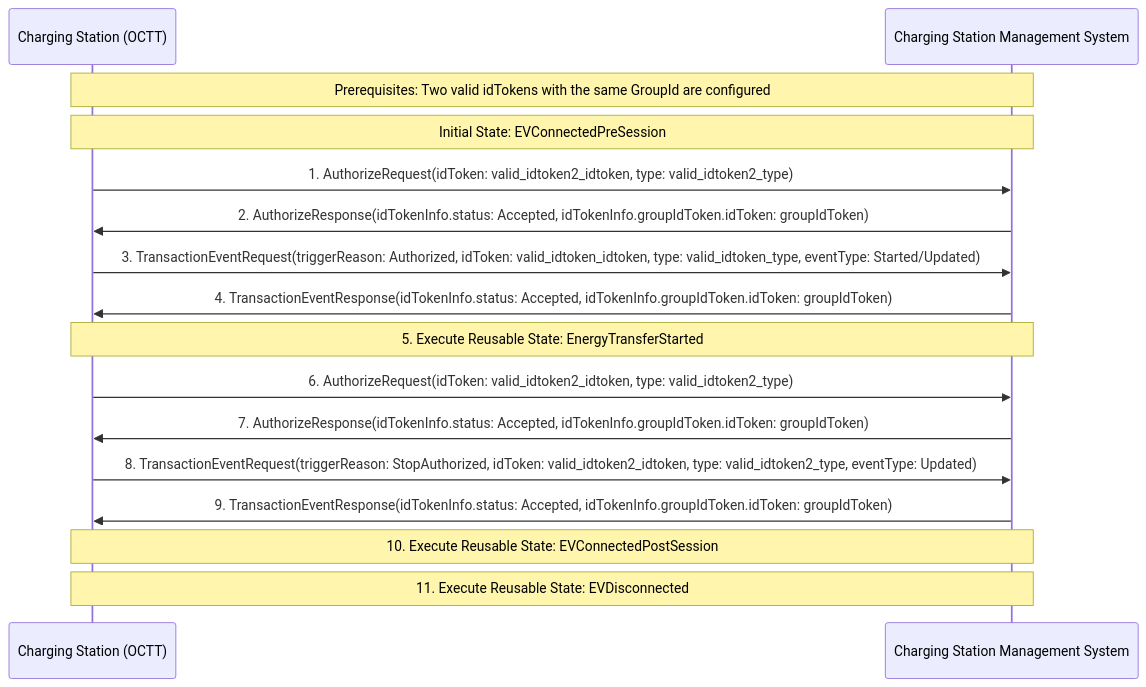
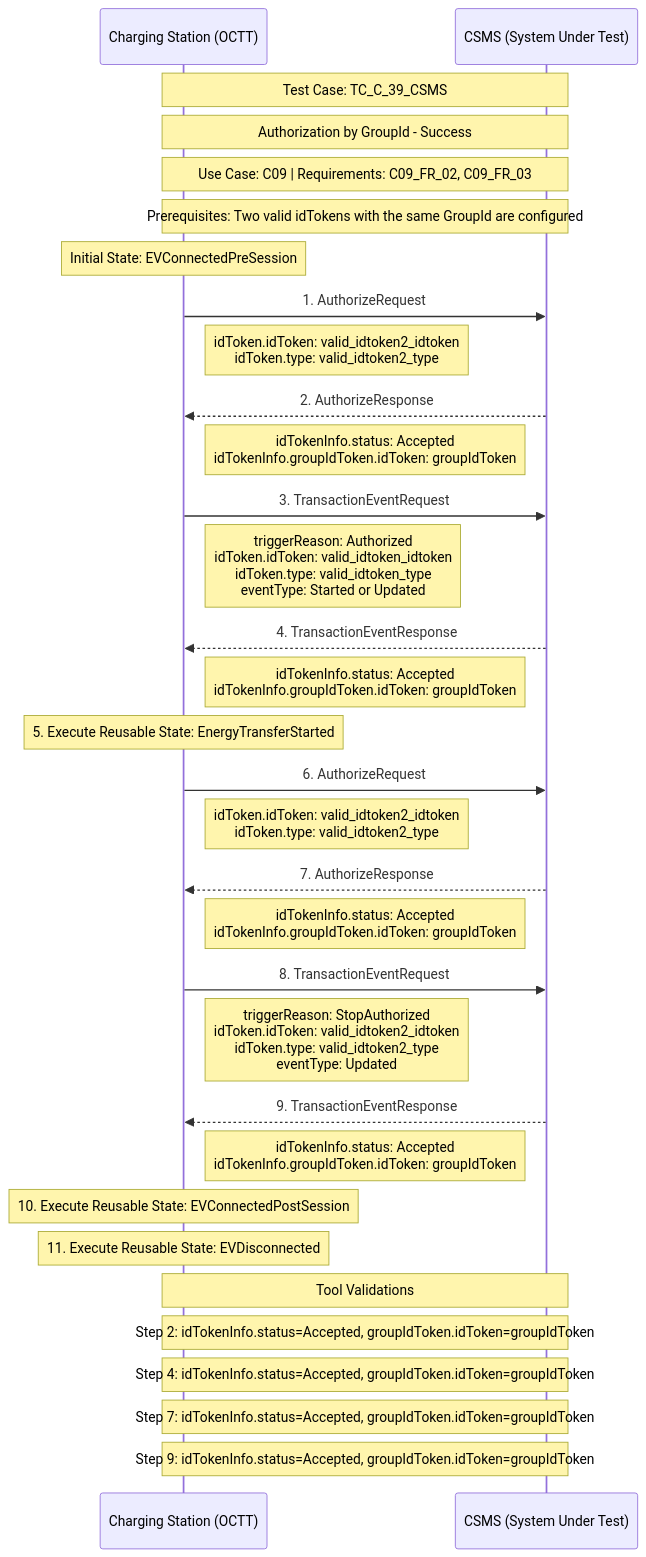
One commit to AviranAbady/tzi-OCTT changed the diagram in C/test_tc_c_39_csms.mermaid. Above: the diagram before and after it, drawn with Mermaid. The commit also changed 547 other files, not shown here.

```diff
--- a/C/test_tc_c_39_csms.mermaid
+++ b/C/test_tc_c_39_csms.mermaid
@@ -1,23 +1,41 @@
 sequenceDiagram
     participant CS as Charging Station (OCTT)
-    participant CSMS as Charging Station Management System
-    
-    Note over CS,CSMS: Prerequisites: Two valid idTokens with the same GroupId are configured
-    Note over CS,CSMS: Initial State: EVConnectedPreSession
-    
-    CS->>CSMS: 1. AuthorizeRequest(idToken: valid_idtoken2_idtoken, type: valid_idtoken2_type)
-    CSMS->>CS: 2. AuthorizeResponse(idTokenInfo.status: Accepted, idTokenInfo.groupIdToken.idToken: groupIdToken)
-    
-    CS->>CSMS: 3. TransactionEventRequest(triggerReason: Authorized, idToken: valid_idtoken_idtoken, type: valid_idtoken_type, eventType: Started/Updated)
-    CSMS->>CS: 4. TransactionEventResponse(idTokenInfo.status: Accepted, idTokenInfo.groupIdToken.idToken: groupIdToken)
-    
-    Note over CS,CSMS: 5. Execute Reusable State: EnergyTransferStarted
-    
-    CS->>CSMS: 6. AuthorizeRequest(idToken: valid_idtoken2_idtoken, type: valid_idtoken2_type)
-    CSMS->>CS: 7. AuthorizeResponse(idTokenInfo.status: Accepted, idTokenInfo.groupIdToken.idToken: groupIdToken)
-    
-    CS->>CSMS: 8. TransactionEventRequest(triggerReason: StopAuthorized, idToken: valid_idtoken2_idtoken, type: valid_idtoken2_type, eventType: Updated)
-    CSMS->>CS: 9. TransactionEventResponse(idTokenInfo.status: Accepted, idTokenInfo.groupIdToken.idToken: groupIdToken)
-    
-    Note over CS,CSMS: 10. Execute Reusable State: EVConnectedPostSession
-    Note over CS,CSMS: 11. Execute Reusable State: EVDisconnected
+    participant CSMS as CSMS (System Under Test)
+
+    Note over CS, CSMS: Test Case: TC_C_39_CSMS
+    Note over CS, CSMS: Authorization by GroupId - Success
+    Note over CS, CSMS: Use Case: C09 | Requirements: C09_FR_02, C09_FR_03
+
+    Note over CS, CSMS: Prerequisites: Two valid idTokens with the same GroupId are configured
+    Note over CS: Initial State: EVConnectedPreSession
+
+    CS->>CSMS: 1. AuthorizeRequest
+    Note right of CS: idToken.idToken: valid_idtoken2_idtoken<br/>idToken.type: valid_idtoken2_type
+    CSMS-->>CS: 2. AuthorizeResponse
+    Note left of CSMS: idTokenInfo.status: Accepted<br/>idTokenInfo.groupIdToken.idToken: groupIdToken
+
+    CS->>CSMS: 3. TransactionEventRequest
+    Note right of CS: triggerReason: Authorized<br/>idToken.idToken: valid_idtoken_idtoken<br/>idToken.type: valid_idtoken_type<br/>eventType: Started or Updated
+    CSMS-->>CS: 4. TransactionEventResponse
+    Note left of CSMS: idTokenInfo.status: Accepted<br/>idTokenInfo.groupIdToken.idToken: groupIdToken
+
+    Note over CS: 5. Execute Reusable State: EnergyTransferStarted
+
+    CS->>CSMS: 6. AuthorizeRequest
+    Note right of CS: idToken.idToken: valid_idtoken2_idtoken<br/>idToken.type: valid_idtoken2_type
+    CSMS-->>CS: 7. AuthorizeResponse
+    Note left of CSMS: idTokenInfo.status: Accepted<br/>idTokenInfo.groupIdToken.idToken: groupIdToken
+
+    CS->>CSMS: 8. TransactionEventRequest
+    Note right of CS: triggerReason: StopAuthorized<br/>idToken.idToken: valid_idtoken2_idtoken<br/>idToken.type: valid_idtoken2_type<br/>eventType: Updated
+    CSMS-->>CS: 9. TransactionEventResponse
+    Note left of CSMS: idTokenInfo.status: Accepted<br/>idTokenInfo.groupIdToken.idToken: groupIdToken
+
+    Note over CS: 10. Execute Reusable State: EVConnectedPostSession
+    Note over CS: 11. Execute Reusable State: EVDisconnected
+
+    Note over CS, CSMS: Tool Validations
+    Note over CS, CSMS: Step 2: idTokenInfo.status=Accepted, groupIdToken.idToken=groupIdToken
+    Note over CS, CSMS: Step 4: idTokenInfo.status=Accepted, groupIdToken.idToken=groupIdToken
+    Note over CS, CSMS: Step 7: idTokenInfo.status=Accepted, groupIdToken.idToken=groupIdToken
+    Note over CS, CSMS: Step 9: idTokenInfo.status=Accepted, groupIdToken.idToken=groupIdToken
```
